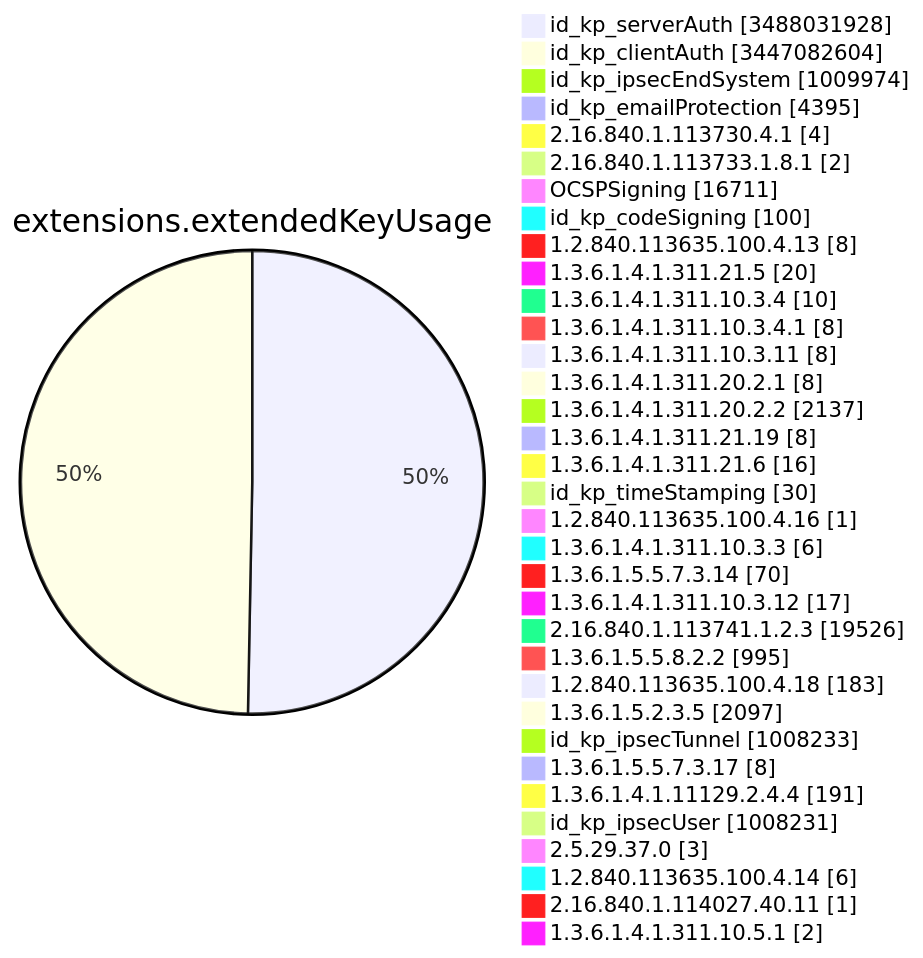
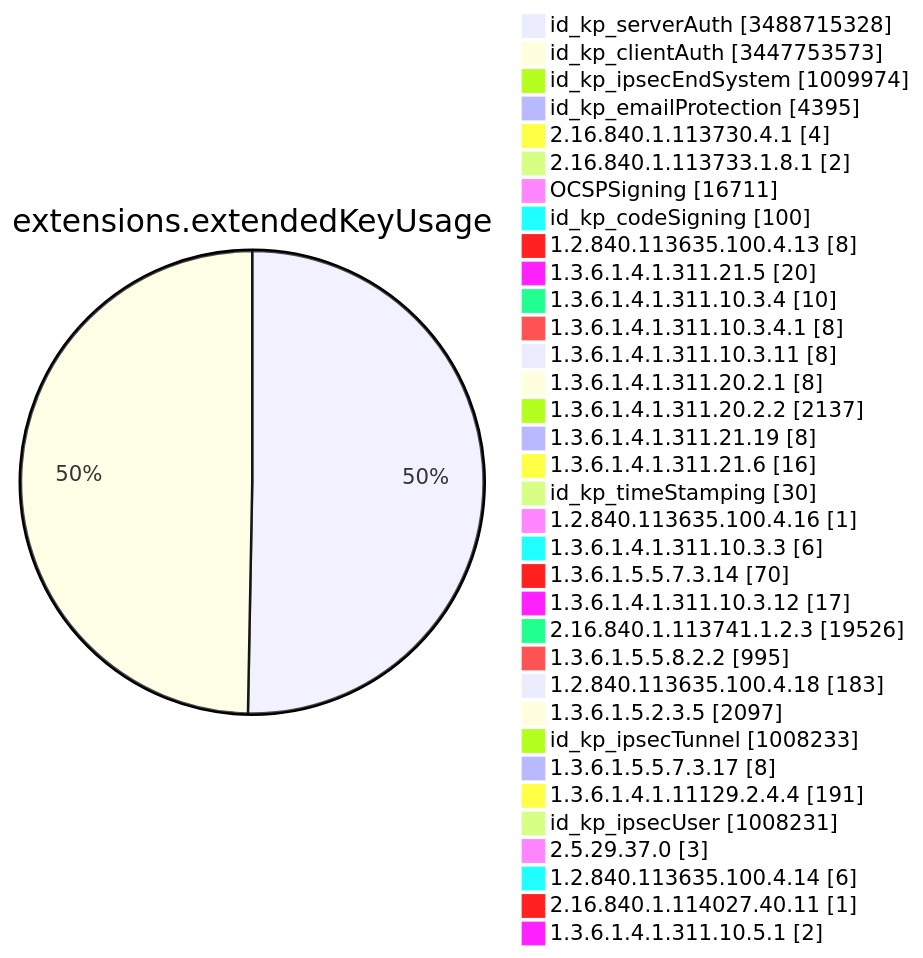
One commit to christiankrug/ctmonitor_visualization changed diagram 11 of 15 in TOTAL/README.md. Above: the diagram before and after it, drawn with Mermaid. The commit also changed other lines of this file, not shown here.

````diff
--- a/TOTAL/README.md
+++ b/TOTAL/README.md
@@ -4124,38 +4124,38 @@
 ```mermaid
 pie showData
 title extensions.extendedKeyUsage
-"id_kp_serverAuth" :3488031928
-"id_kp_clientAuth" :3447082604
+"id_kp_serverAuth" :3488715328
+"id_kp_clientAuth" :3447753573
 "id_kp_ipsecEndSystem" :1009974
 "id_kp_emailProtection" :4395
 "2.16.840.1.113730.4.1" :4
 "2.16.840.1.113733.1.8.1" :2
 "OCSPSigning" :16711
 "id_kp_codeSigning" :100
 "1.2.840.113635.100.4.13" :8
 "1.3.6.1.4.1.311.21.5" :20
 "1.3.6.1.4.1.311.10.3.4" :10
 "1.3.6.1.4.1.311.10.3.4.1" :8
 "1.3.6.1.4.1.311.10.3.11" :8
 "1.3.6.1.4.1.311.20.2.1" :8
 "1.3.6.1.4.1.311.20.2.2" :2137
 "1.3.6.1.4.1.311.21.19" :8
 "1.3.6.1.4.1.311.21.6" :16
 "id_kp_timeStamping" :30
 "1.2.840.113635.100.4.16" :1
 "1.3.6.1.4.1.311.10.3.3" :6
 "1.3.6.1.5.5.7.3.14" :70
 "1.3.6.1.4.1.311.10.3.12" :17
 "2.16.840.1.113741.1.2.3" :19526
 "1.3.6.1.5.5.8.2.2" :995
 "1.2.840.113635.100.4.18" :183
 "1.3.6.1.5.2.3.5" :2097
 "id_kp_ipsecTunnel" :1008233
 "1.3.6.1.5.5.7.3.17" :8
 "1.3.6.1.4.1.11129.2.4.4" :191
 "id_kp_ipsecUser" :1008231
 "2.5.29.37.0" :3
 "1.2.840.113635.100.4.14" :6
 "2.16.840.1.114027.40.11" :1
 "1.3.6.1.4.1.311.10.5.1" :2
 ```
````
